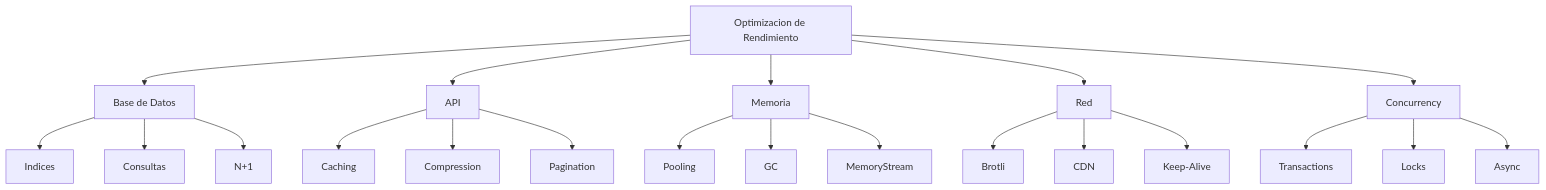
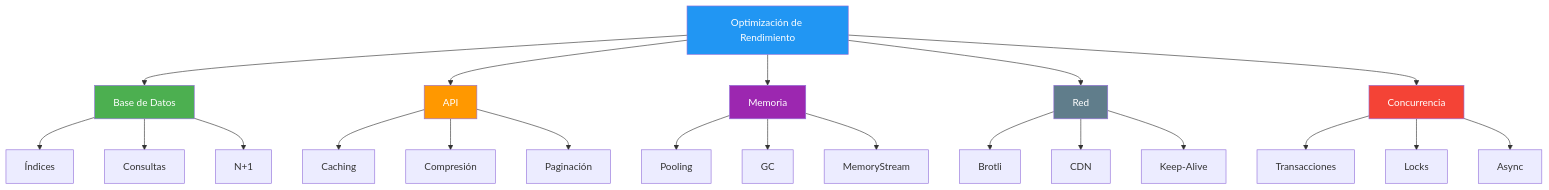
The first of 2 diagrams in 23-optimizacion.md (joseluisgs/DesarrolloWebEntornosServidor-02-2026-2027), drawn with Mermaid before and after one commit. The commit also changed other lines of this file, not shown here.

First line of the commit message:
[docs] Reescribir 23-optimizacion.md con formato AGENTS.md + seccion Polly

````diff
--- a/23-optimizacion.md
+++ b/23-optimizacion.md
@@ -25,28 +58,29 @@
 ```mermaid
-flowchart TD
-    A[Optimizacion de Rendimiento] --> B[Base de Datos]
-    A --> C[API]
-    A --> D[Memoria]
-    A --> E[Red]
-    A --> F[Concurrency]
-    
-    B --> B1[Indices]
-    B --> B2[Consultas]
-    B --> B3[N+1]
-    
-    C --> C1[Caching]
-    C --> C2[Compression]
-    C --> C3[Pagination]
-    
-    D --> D1[Pooling]
-    D --> D2[GC]
-    D --> D3[MemoryStream]
-    
-    E --> E1[Brotli]
-    E --> E2[CDN]
-    E --> E3[Keep-Alive]
-    
-    F --> F1[Transactions]
-    F --> F2[Locks]
-    F --> F3[Async]
+graph TD
+    A["Optimización de Rendimiento"] --> B["Base de Datos"]
+    A --> C["API"]
+    A --> D["Memoria"]
+    A --> E["Red"]
+    A --> F["Concurrencia"]
+    B --> B1["Índices"]
+    B --> B2["Consultas"]
+    B --> B3["N+1"]
+    C --> C1["Caching"]
+    C --> C2["Compresión"]
+    C --> C3["Paginación"]
+    D --> D1["Pooling"]
+    D --> D2["GC"]
+    D --> D3["MemoryStream"]
+    E --> E1["Brotli"]
+    E --> E2["CDN"]
+    E --> E3["Keep-Alive"]
+    F --> F1["Transacciones"]
+    F --> F2["Locks"]
+    F --> F3["Async"]
+    style A fill:#2196F3,color:#fff
+    style B fill:#4CAF50,color:#fff
+    style C fill:#FF9800,color:#fff
+    style D fill:#9C27B0,color:#fff
+    style E fill:#607D8B,color:#fff
+    style F fill:#f44336,color:#fff
 ```
````
